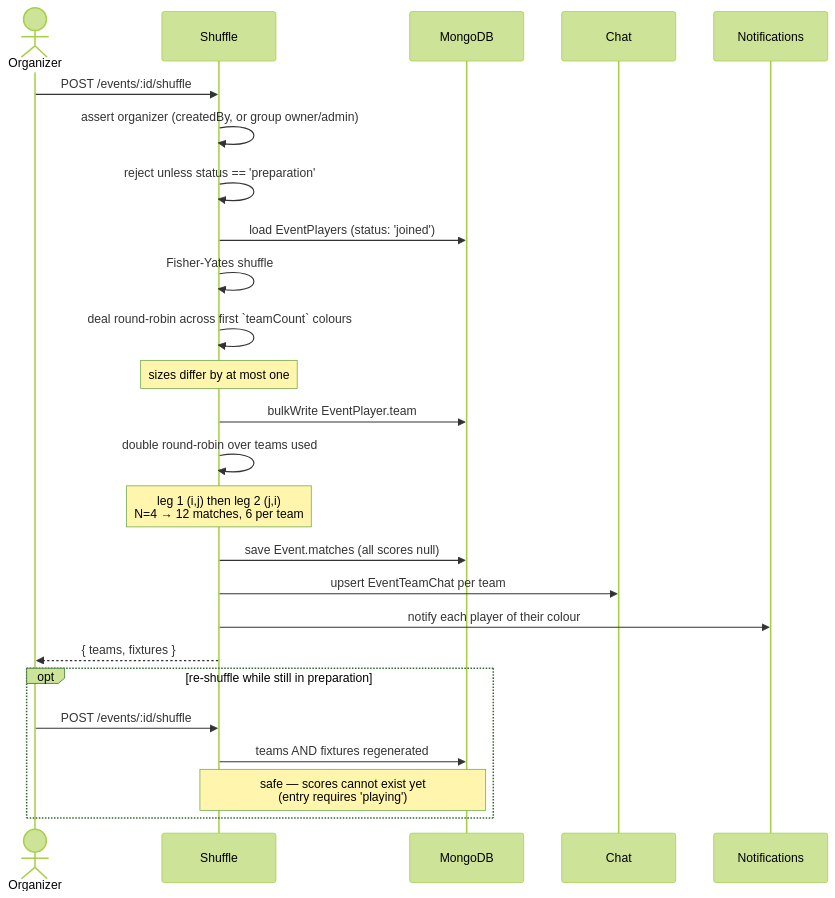
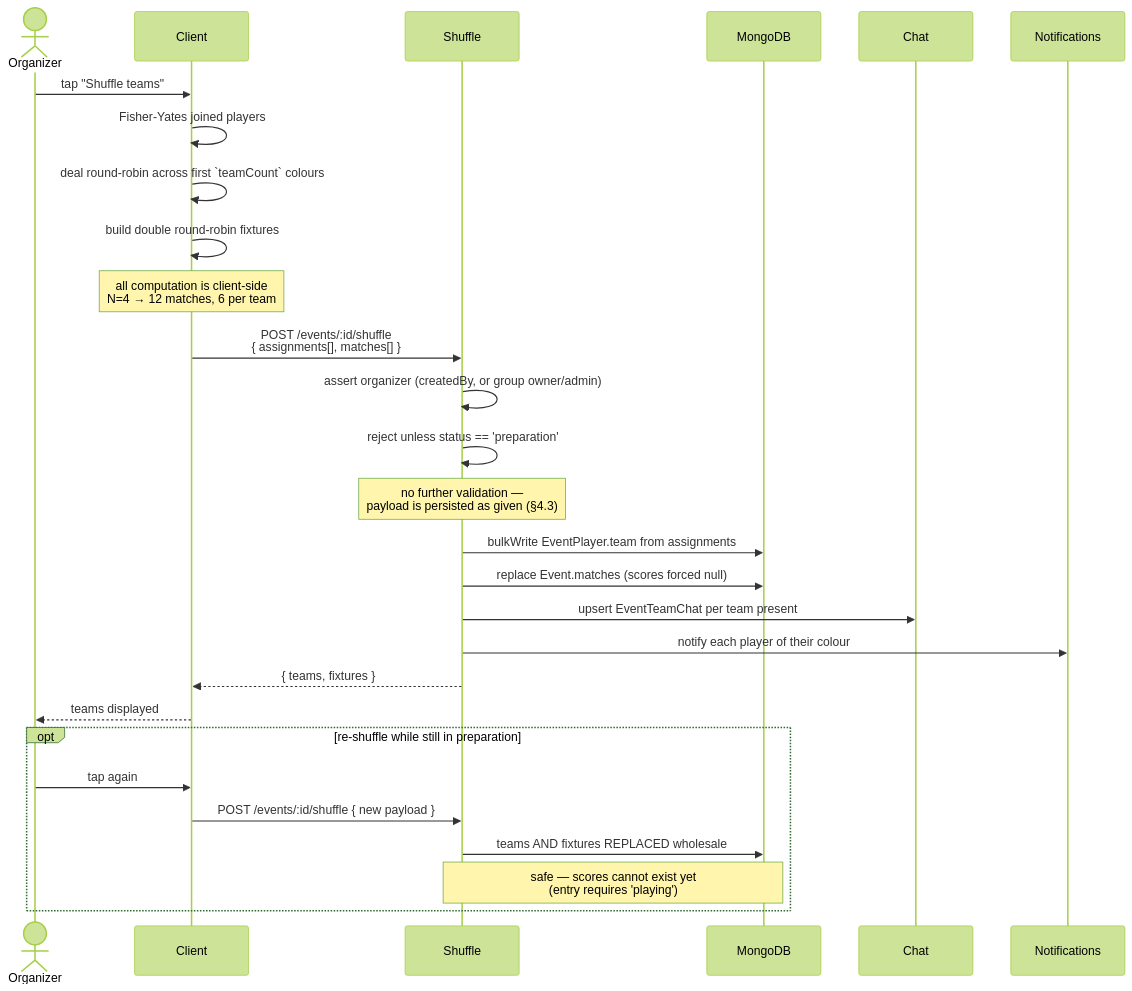
Before and after one commit to heinlinaung/kickr_backend: the diagram in docs/superpowers/diagrams/events-5-4-shuffle-colour-teams-fixtures.mmd, drawn with Mermaid (forest theme). The commit also changed 3 other files, not shown here.

First line of the commit message:
Events spec: move shuffle to the client, API persists only

```diff
--- a/docs/superpowers/diagrams/events-5-4-shuffle-colour-teams-fixtures.mmd
+++ b/docs/superpowers/diagrams/events-5-4-shuffle-colour-teams-fixtures.mmd
@@ -1,33 +1,35 @@
 %% 5.4 Shuffle → colour teams → fixture generation
 %% Source of truth for this diagram. Rendered from ../specs/2026-08-03-events-feature-spec.md §5.4
 %% Edit here, not in the spec — the spec links to this file.
 sequenceDiagram
     actor O as Organizer
+    participant C as Client
     participant API as Shuffle
     participant DB as MongoDB
     participant CH as Chat
     participant N as Notifications
 
-    O->>API: POST /events/:id/shuffle
+    O->>C: tap "Shuffle teams"
+    C->>C: Fisher-Yates joined players
+    C->>C: deal round-robin across first `teamCount` colours
+    C->>C: build double round-robin fixtures
+    Note over C: all computation is client-side<br/>N=4 → 12 matches, 6 per team
+
+    C->>API: POST /events/:id/shuffle<br/>{ assignments[], matches[] }
     API->>API: assert organizer (createdBy, or group owner/admin)
     API->>API: reject unless status == 'preparation'
+    Note over API: no further validation —<br/>payload is persisted as given (§4.3)
 
-    API->>DB: load EventPlayers (status: 'joined')
-    API->>API: Fisher-Yates shuffle
-    API->>API: deal round-robin across first `teamCount` colours
-    Note over API: sizes differ by at most one
-    API->>DB: bulkWrite EventPlayer.team
-
-    API->>API: double round-robin over teams used
-    Note over API: leg 1 (i,j) then leg 2 (j,i)<br/>N=4 → 12 matches, 6 per team
-    API->>DB: save Event.matches (all scores null)
-
-    API->>CH: upsert EventTeamChat per team
+    API->>DB: bulkWrite EventPlayer.team from assignments
+    API->>DB: replace Event.matches (scores forced null)
+    API->>CH: upsert EventTeamChat per team present
     API->>N: notify each player of their colour
-    API-->>O: { teams, fixtures }
+    API-->>C: { teams, fixtures }
+    C-->>O: teams displayed
 
     opt re-shuffle while still in preparation
-        O->>API: POST /events/:id/shuffle
-        API->>DB: teams AND fixtures regenerated
+        O->>C: tap again
+        C->>API: POST /events/:id/shuffle { new payload }
+        API->>DB: teams AND fixtures REPLACED wholesale
         Note over API,DB: safe — scores cannot exist yet<br/>(entry requires 'playing')
     end
```
